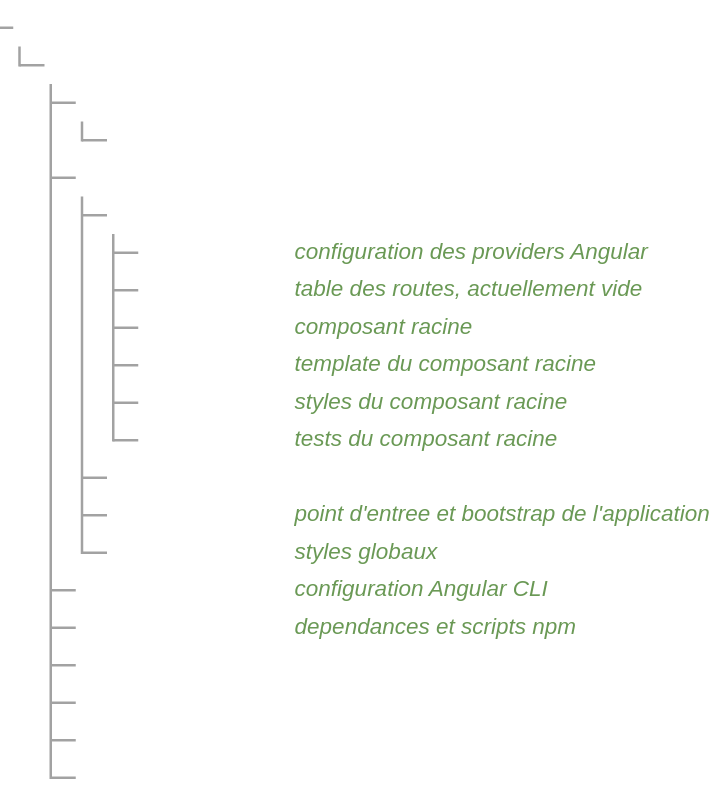
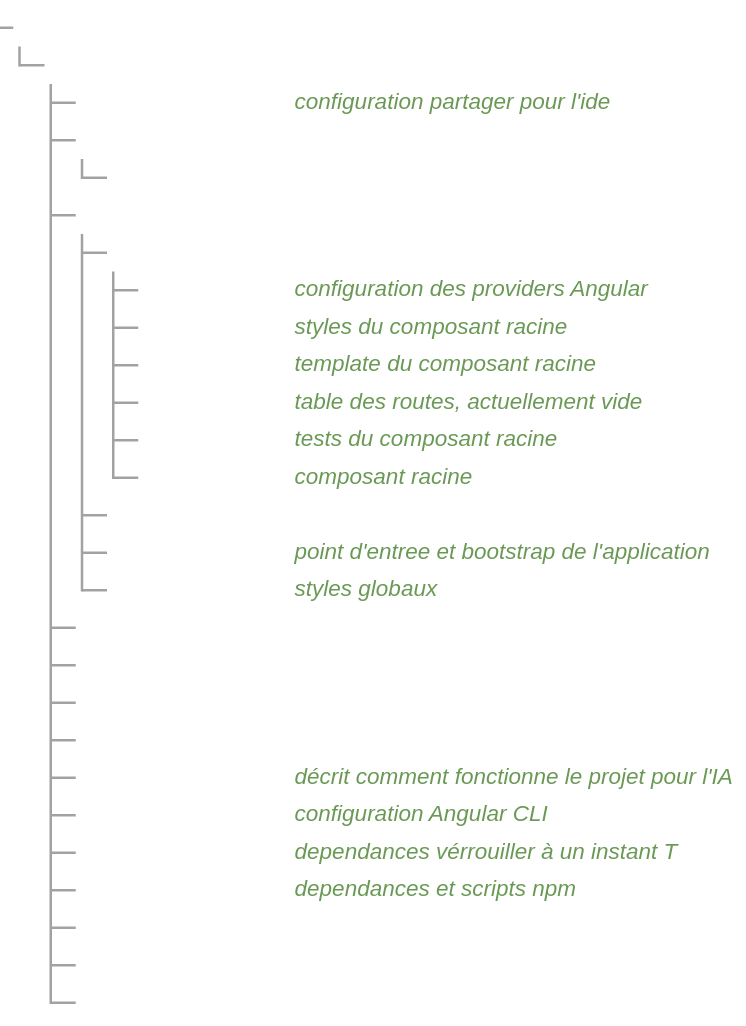
One commit to AichehA/starterAngular22 changed the diagram in README.md. Above: the diagram before and after it, drawn with Mermaid. The commit also changed other lines of this file, not shown here.

Commit message:
Mise à jour de la structure

````diff
--- a/README.md
+++ b/README.md
@@ -29,34 +29,40 @@
 ```mermaid
 ---
 config:
     treeView:
         rowIndent: 20
         lineThickness: 2
     themeVariables:
         treeView:
             labelFontSize: '18px'
             labelColor: '#FFFFFF'
             lineColor: '#a2a2a2'
 ---
 treeView-beta
   starterAngular22/
+    .vscode ## configuration partager pour l'ide
     public/
       favicon.ico
     src/
       app/
         app.config.ts ## configuration des providers Angular
+        app.css ## styles du composant racine
+        app.html ## template du composant racine
         app.routes.ts ## table des routes, actuellement vide
+        app.spec.ts ## tests du composant racine
         app.ts ## composant racine
-        app.html ## template du composant racine
-        app.css ## styles du composant racine
-        app.spec.ts ## tests du composant racine
       index.html
       main.ts ## point d'entree et bootstrap de l'application
       styles.css ## styles globaux
+    .editorconfig ## 
+    .gitignore ## 
+    .postcssrc.json ## 
+    .prettierrc ## 
+    AGENTS.md ## décrit comment fonctionne le projet pour l'IA
     angular.json ## configuration Angular CLI
+    package-lock.json ## dependances vérrouiller à un instant T
     package.json ## dependances et scripts npm
+    tsconfig.app.json
     tsconfig.json
-    tsconfig.app.json
     tsconfig.spec.json
-    README.md
 ```
````
